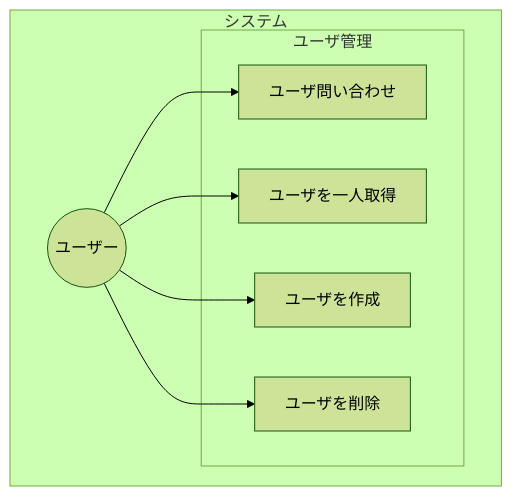
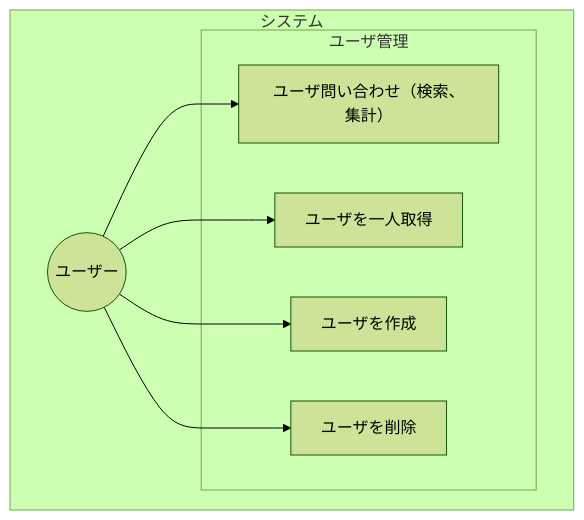
One commit to ShunsukeNONOMURA/nuxt3-master changed the first of 2 diagrams in docs/volume/docs/20-api.md. Above: the diagram before and after it, drawn with Mermaid (forest theme). The commit also changed other lines of this file and 3 other files, not shown here.

````diff
--- a/docs/volume/docs/20-api.md
+++ b/docs/volume/docs/20-api.md
@@ -22,16 +22,16 @@
 ```mermaid
 graph TB
     subgraph "システム"
         User((ユーザー))
         subgraph "ユーザ管理"
-            QueryUser[ユーザ問い合わせ]
+            QueryUser[ユーザ問い合わせ（検索、集計）]
             GetUser[ユーザを一人取得]
             CreateUser[ユーザを作成]
             DeleteUser[ユーザを削除]
         end
     end
     User --> QueryUser
     User --> GetUser
     User --> CreateUser
     User --> DeleteUser
 ```
````
